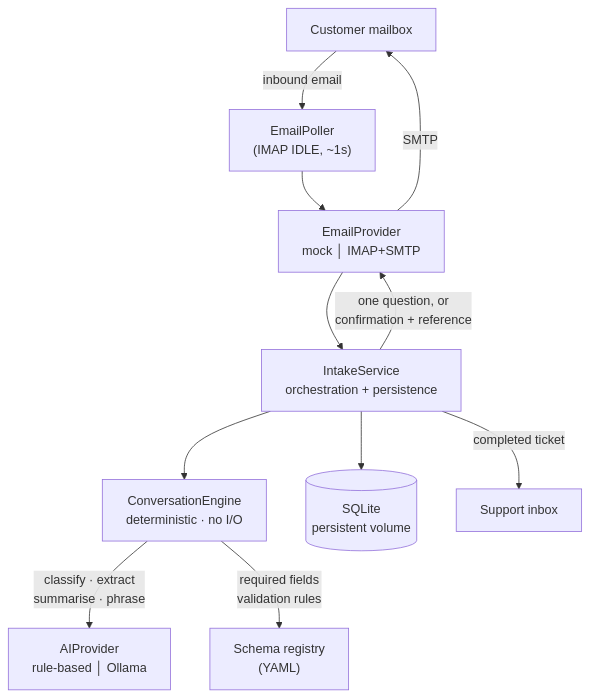
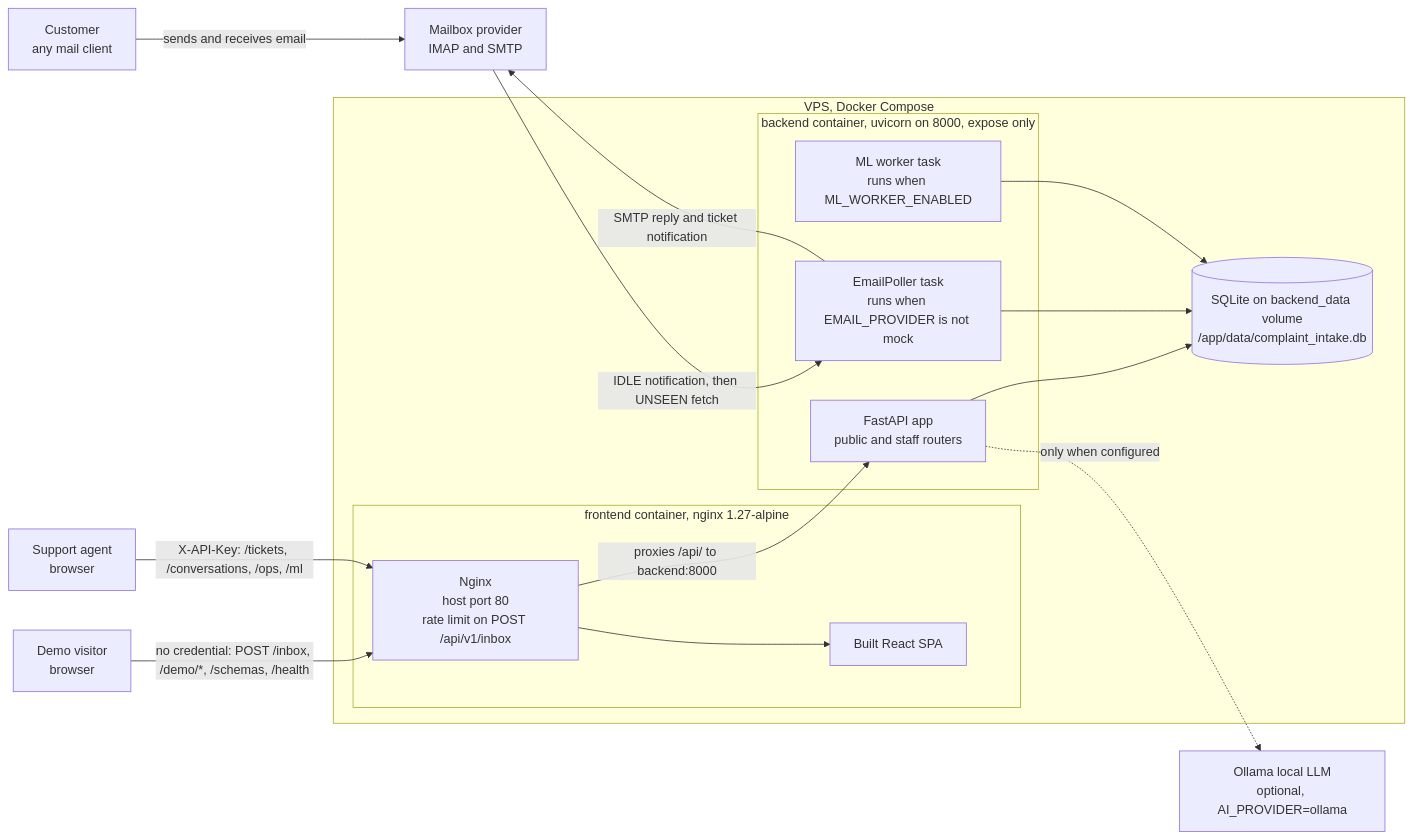
Before and after one commit to Karheily-Salam/complaint-intake-system: the diagram in README.md, drawn with Mermaid. The commit also changed other lines of this file, not shown here.

Commit message:
Show system architecture in README

````diff
--- a/README.md
+++ b/README.md
@@ -93,20 +93,40 @@
 ```mermaid
-flowchart TD
-    C["Customer mailbox"]
-    P["EmailPoller<br/>(IMAP IDLE, ~1s)"]
-    EP["EmailProvider<br/>mock │ IMAP+SMTP"]
-    I["IntakeService<br/>orchestration + persistence"]
-    E["ConversationEngine<br/>deterministic · no I/O"]
-    AI["AIProvider<br/>rule-based │ Ollama"]
-    R["Schema registry<br/>(YAML)"]
-    DB[("SQLite<br/>persistent volume")]
-    S["Support inbox"]
+flowchart LR
+    CUST["Customer<br/>any mail client"]
+    AGENT["Support agent<br/>browser"]
+    VISITOR["Demo visitor<br/>browser"]
 
-    C -->|inbound email| P --> EP --> I
-    I --> E
-    E -->|classify · extract<br/>summarise · phrase| AI
-    E -->|required fields<br/>validation rules| R
-    I --> DB
-    I -->|one question, or<br/>confirmation + reference| EP -->|SMTP| C
-    I -->|completed ticket| S
+    MAILBOX["Mailbox provider<br/>IMAP and SMTP"]
+    OLLAMA["Ollama local LLM<br/>optional, AI_PROVIDER=ollama"]
+
+    subgraph host["VPS, Docker Compose"]
+        subgraph fe["frontend container, nginx 1.27-alpine"]
+            PROXY["Nginx<br/>host port 80<br/>rate limit on POST /api/v1/inbox"]
+            SPA["Built React SPA"]
+        end
+
+        subgraph be["backend container, uvicorn on 8000, expose only"]
+            API["FastAPI app<br/>public and staff routers"]
+            POLLER["EmailPoller task<br/>runs when EMAIL_PROVIDER is not mock"]
+            MLW["ML worker task<br/>runs when ML_WORKER_ENABLED"]
+        end
+
+        DB[("SQLite on backend_data volume<br/>/app/data/complaint_intake.db")]
+    end
+
+    CUST -->|"sends and receives email"| MAILBOX
+    MAILBOX -->|"IDLE notification, then UNSEEN fetch"| POLLER
+    POLLER -->|"SMTP reply and ticket notification"| MAILBOX
+
+    VISITOR -->|"no credential: POST /inbox, /demo/*, /schemas, /health"| PROXY
+    AGENT -->|"X-API-Key: /tickets, /conversations, /ops, /ml"| PROXY
+
+    PROXY --> SPA
+    PROXY -->|"proxies /api/ to backend:8000"| API
+
+    API --> DB
+    POLLER --> DB
+    MLW --> DB
+
+    API -.->|"only when configured"| OLLAMA
 ```
````
